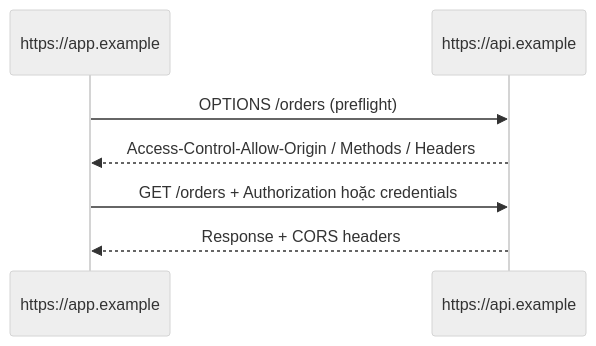
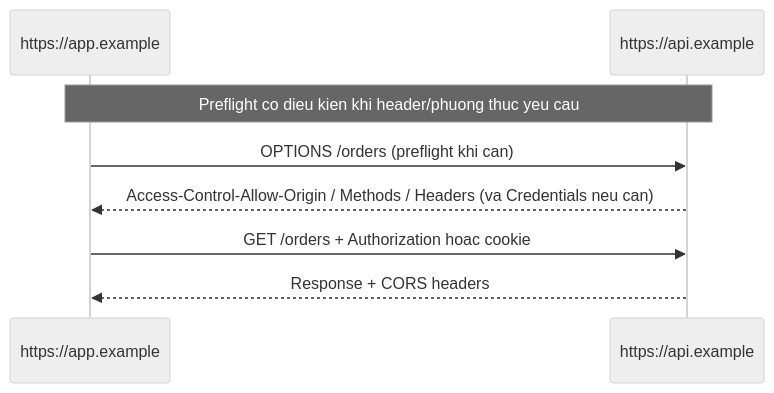
The second of 3 diagrams in content/docs/backend-engineering/auth-debugging-field-guide.vi.mdx (thucne/software-development-atlas), drawn with Mermaid (neutral theme) before and after one commit. The commit also changed other lines of this file, not shown here.

````diff
--- a/content/docs/backend-engineering/auth-debugging-field-guide.vi.mdx
+++ b/content/docs/backend-engineering/auth-debugging-field-guide.vi.mdx
@@ -115,10 +115,11 @@
 ```mermaid
 sequenceDiagram
   participant SPA as https://app.example
   participant API as https://api.example
 
-  SPA->>API: OPTIONS /orders (preflight)
-  API-->>SPA: Access-Control-Allow-Origin / Methods / Headers
-  SPA->>API: GET /orders + Authorization hoặc credentials
+  Note over SPA,API: Preflight co dieu kien khi header/phuong thuc yeu cau
+  SPA->>API: OPTIONS /orders (preflight khi can)
+  API-->>SPA: Access-Control-Allow-Origin / Methods / Headers (va Credentials neu can)
+  SPA->>API: GET /orders + Authorization hoac cookie
   API-->>SPA: Response + CORS headers
 ```
````
